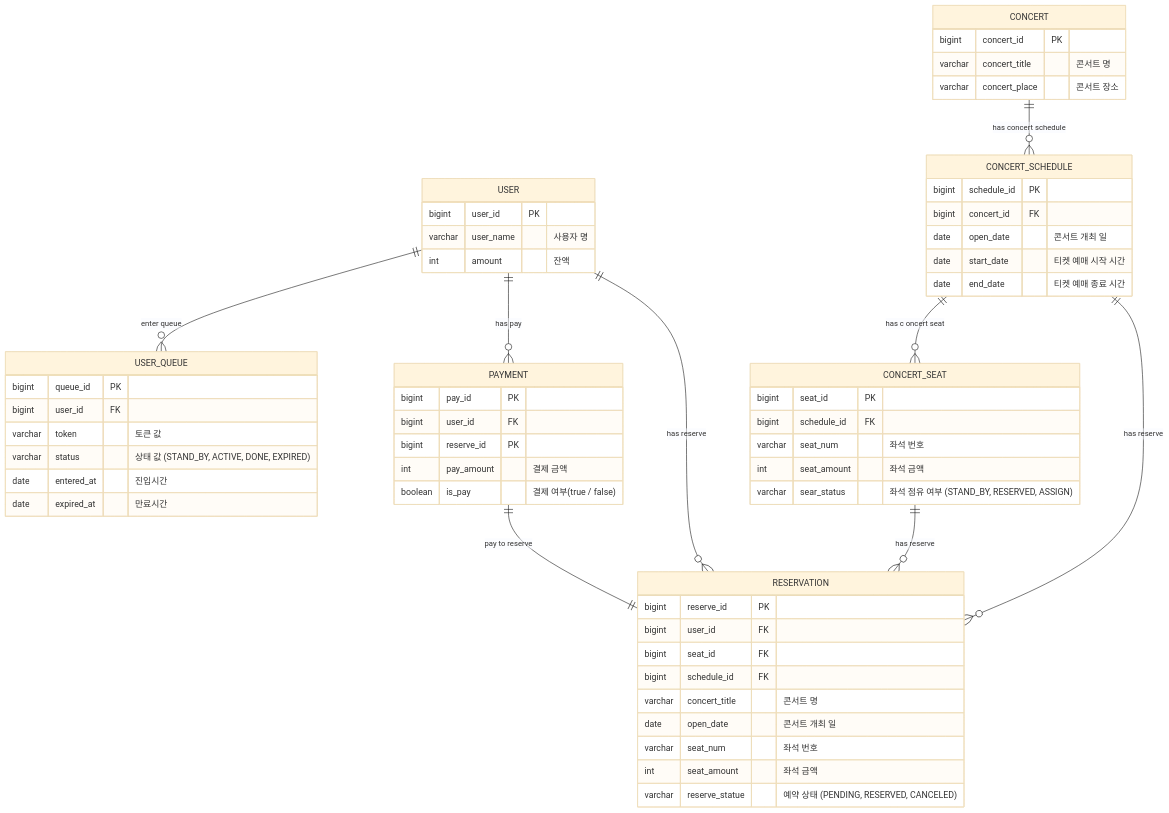
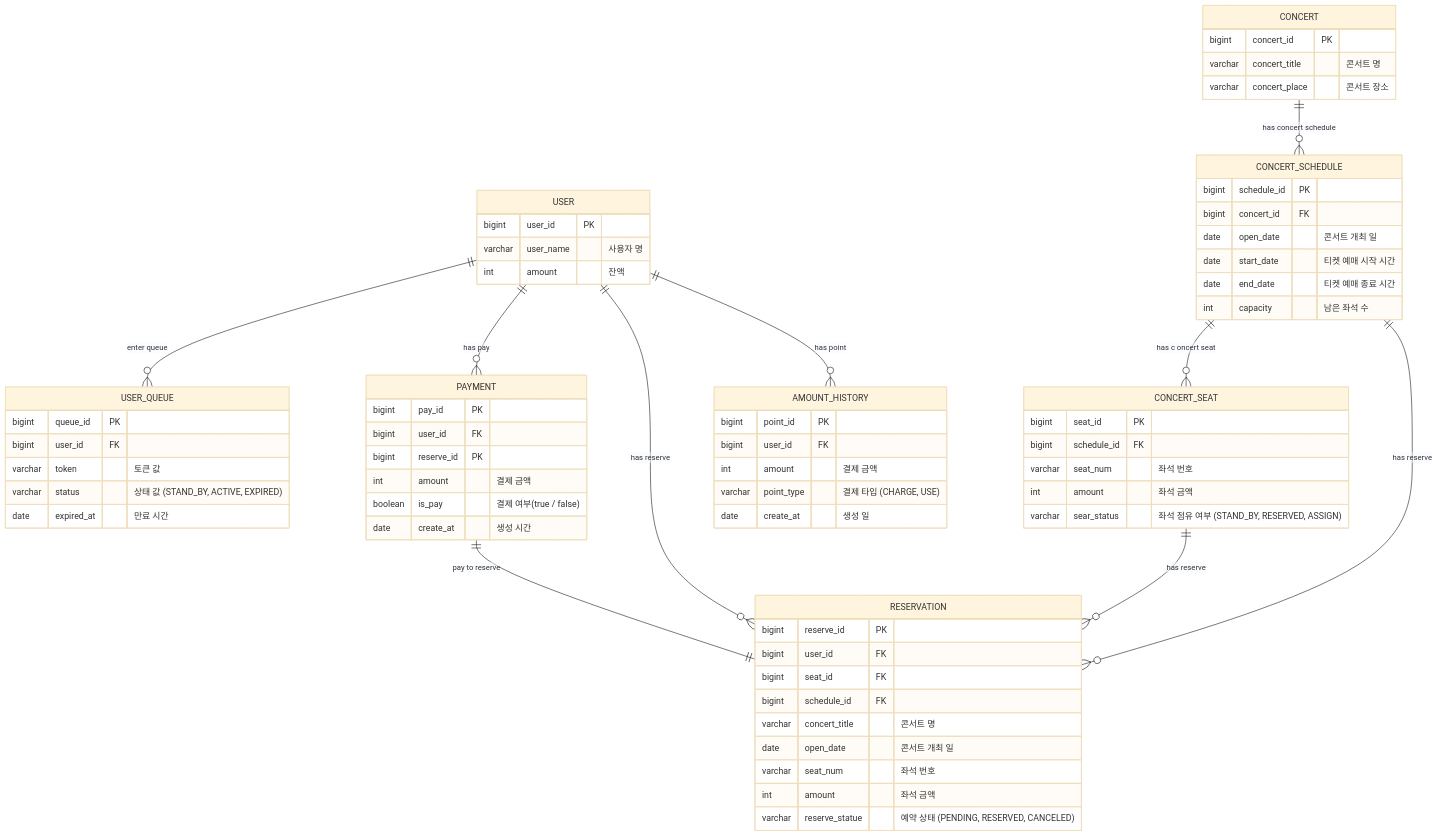
Before and after one commit to crimsorry/concert-service: the diagram in docs/ERD.md, drawn with Mermaid (base theme). The commit also changed 1 other file, not shown here.

Commit message:
[docs] erd, ddl - amount_history 테이블 추가 + 컬럼 수정

````diff
--- a/docs/ERD.md
+++ b/docs/ERD.md
@@ -3,62 +3,71 @@
 ```mermaid
 erDiagram
     USER {
         bigint user_id PK
         varchar user_name "사용자 명"
         int amount "잔액"
     }
     USER_QUEUE {
         bigint queue_id PK
         bigint user_id FK
         varchar token "토큰 값"
-        varchar status "상태 값 (STAND_BY, ACTIVE, DONE, EXPIRED)"
-        date entered_at "진입시간"
-        date expired_at "만료시간"
+        varchar status "상태 값 (STAND_BY, ACTIVE, EXPIRED)"
+        date expired_at "만료 시간"
     }
     CONCERT {
         bigint concert_id PK
         varchar concert_title "콘서트 명"
         varchar concert_place "콘서트 장소"
     }
     CONCERT_SCHEDULE {
         bigint schedule_id PK
         bigint concert_id FK
         date open_date "콘서트 개최 일"
         date start_date "티켓 예매 시작 시간"
         date end_date "티켓 예매 종료 시간"
+        int capacity "남은 좌석 수"
     }
     CONCERT_SEAT {
         bigint seat_id PK
         bigint schedule_id FK
         varchar seat_num "좌석 번호"
-        int seat_amount "좌석 금액"
+        int amount "좌석 금액"
         varchar sear_status "좌석 점유 여부 (STAND_BY, RESERVED, ASSIGN)"
     }
     PAYMENT {
         bigint pay_id PK
         bigint user_id FK
         bigint reserve_id PK
-        int pay_amount "결제 금액"
+        int amount "결제 금액"
         boolean is_pay "결제 여부(true / false)"
+        date create_at "생성 시간"
     }
     RESERVATION {
         bigint reserve_id PK
         bigint user_id FK
         bigint seat_id FK
         bigint schedule_id FK
         varchar concert_title "콘서트 명"
         date open_date "콘서트 개최 일"
         varchar seat_num "좌석 번호"
-        int seat_amount "좌석 금액"
+        int amount "좌석 금액"
         varchar reserve_statue "예약 상태 (PENDING, RESERVED, CANCELED)"
+    }
+    AMOUNT_HISTORY {
+        bigint point_id PK
+        bigint user_id FK
+        int amount "결제 금액"
+       	varchar point_type "결제 타입 (CHARGE, USE)"
+        date create_at "생성 일"
     }
 	USER ||--o{ USER_QUEUE : "enter queue"
     USER ||--o{ PAYMENT : "has pay"
     USER ||--o{ RESERVATION : "has reserve"
+    USER ||--o{ AMOUNT_HISTORY : "has point"
     CONCERT ||--o{ CONCERT_SCHEDULE : "has concert schedule"
     CONCERT_SCHEDULE ||--o{ CONCERT_SEAT : "has c oncert seat"
     CONCERT_SCHEDULE ||--o{ RESERVATION : "has reserve"
     PAYMENT ||--|| RESERVATION : "pay to reserve"
     CONCERT_SEAT ||--o{ RESERVATION : "has reserve"
     
 ```
````
